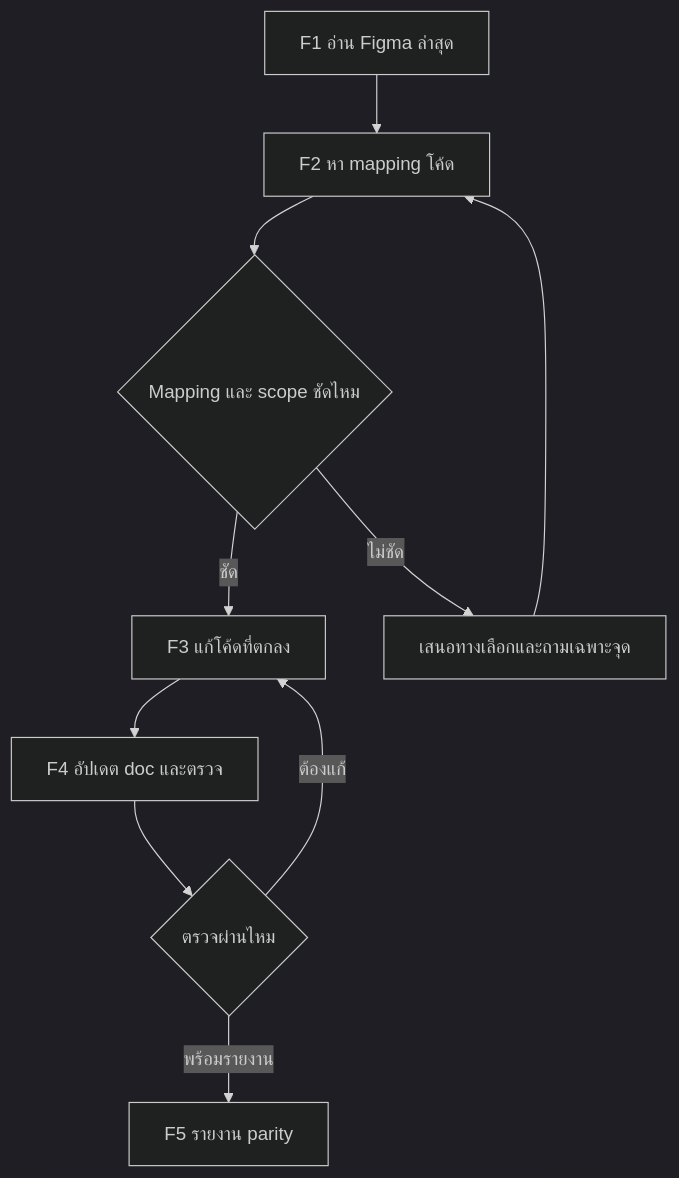
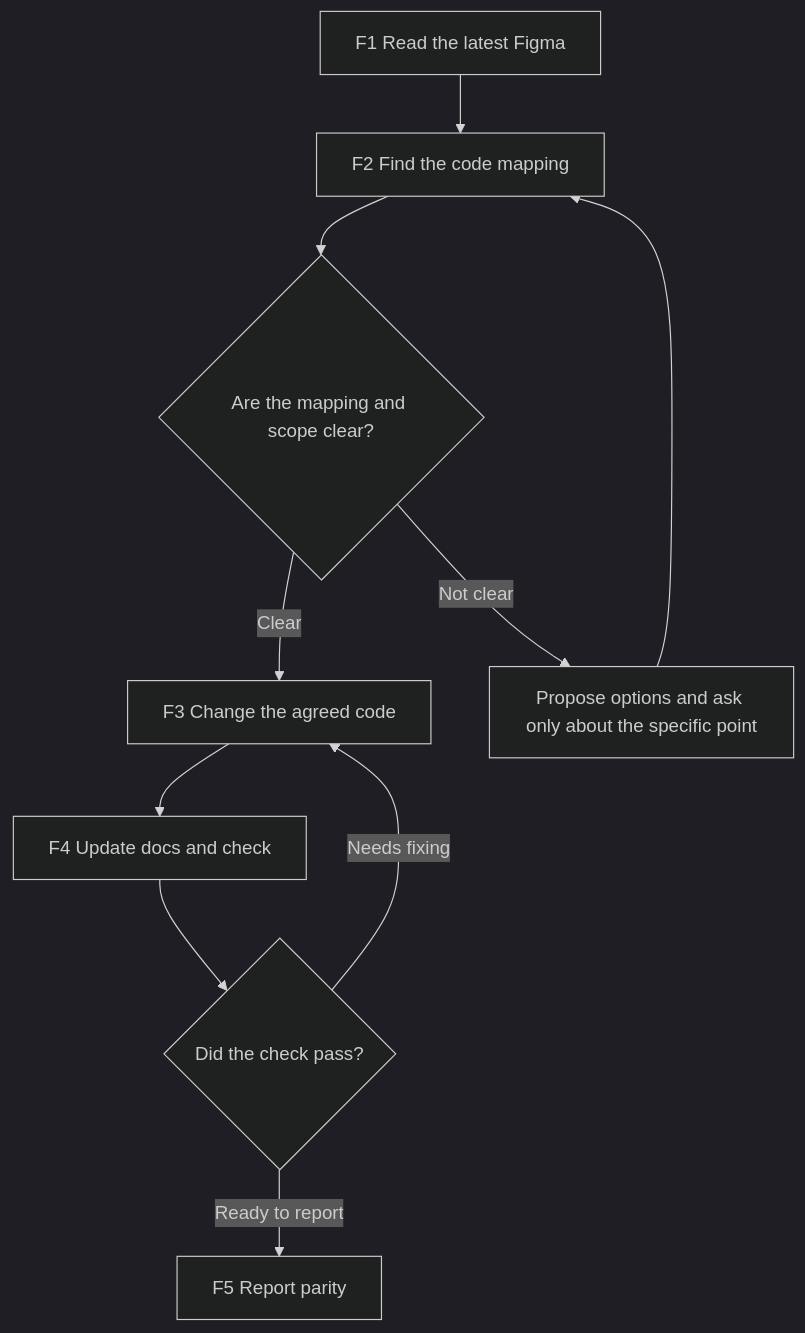
One commit to PraewNAT/cariva-design-workspace changed the fourth of 7 diagrams in design-system/rules/workflow-map.md. Above: the diagram before and after it, drawn with Mermaid (dark theme). The commit also changed other lines of this file and 190 other files, not shown here.

First line of the commit message:
Align Figma component sets with shadcn, add Code Connect, translate docs to English

````diff
--- a/design-system/rules/workflow-map.md
+++ b/design-system/rules/workflow-map.md
@@ -113,13 +113,13 @@
 ```mermaid
 flowchart TD
-    F1["F1 อ่าน Figma ล่าสุด"]
-    F2["F2 หา mapping โค้ด"]
-    F3["F3 แก้โค้ดที่ตกลง"]
-    F4["F4 อัปเดต doc และตรวจ"]
-    F5["F5 รายงาน parity"]
-    F1 --> F2 --> Q{Mapping และ scope ชัดไหม}
-    Q -->|ไม่ชัด| A[เสนอทางเลือกและถามเฉพาะจุด] --> F2
-    Q -->|ชัด| F3 --> F4 --> V{ตรวจผ่านไหม}
-    V -->|ต้องแก้| F3
-    V -->|พร้อมรายงาน| F5
+    F1["F1 Read the latest Figma"]
+    F2["F2 Find the code mapping"]
+    F3["F3 Change the agreed code"]
+    F4["F4 Update docs and check"]
+    F5["F5 Report parity"]
+    F1 --> F2 --> Q{Are the mapping and scope clear?}
+    Q -->|Not clear| A[Propose options and ask only about the specific point] --> F2
+    Q -->|Clear| F3 --> F4 --> V{Did the check pass?}
+    V -->|Needs fixing| F3
+    V -->|Ready to report| F5
 ```
````
